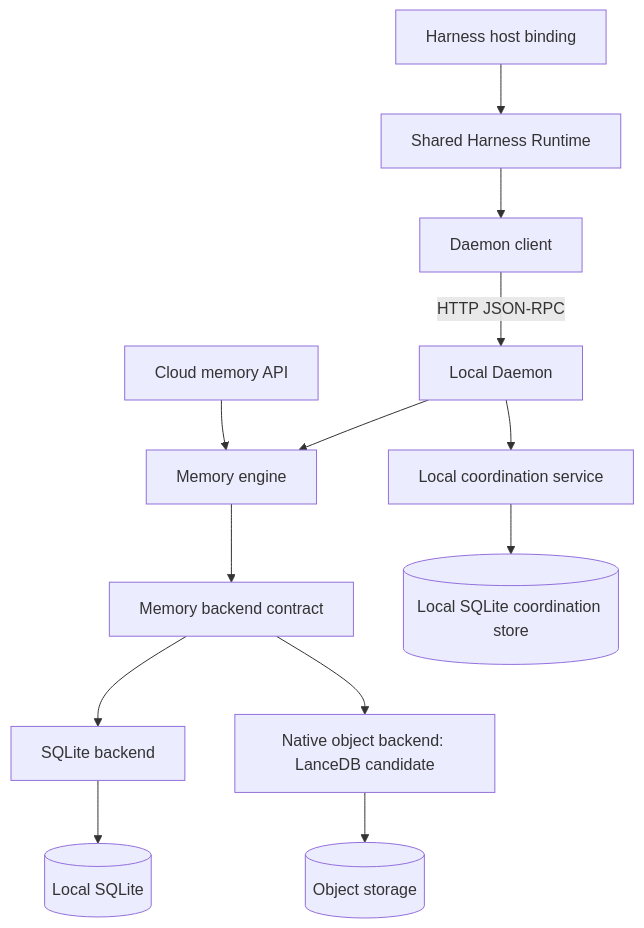
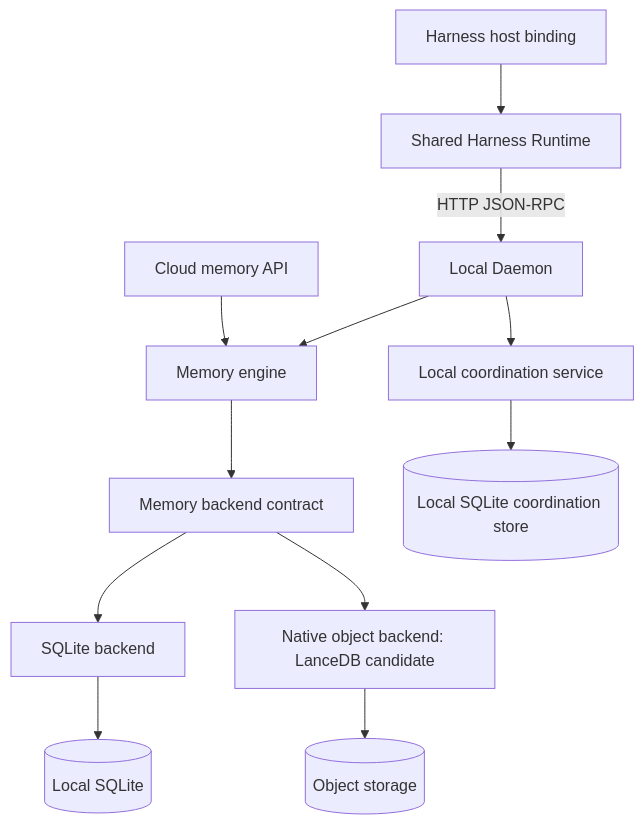
One commit to wefio/NodeMemoryGraph changed the diagram in docs/design/unified-architecture.md. Above: the diagram before and after it, drawn with Mermaid. The commit also changed 1 other file, not shown here.

Commit message:
docs(architecture): omit client wrapper from overview
Show the shared Harness Runtime communicating directly with the local daemon over HTTP JSON-RPC in both language versions.

````diff
--- a/docs/design/unified-architecture.md
+++ b/docs/design/unified-architecture.md
@@ -18,15 +18,14 @@
 ```mermaid
 flowchart TB
   Host[Harness host binding] --> Runtime[Shared Harness Runtime]
-  Runtime --> Client[Daemon client]
-  Client -->|HTTP JSON-RPC| Daemon[Local Daemon]
+  Runtime -->|HTTP JSON-RPC| Daemon[Local Daemon]
   Cloud[Cloud memory API] --> Engine[Memory engine]
   Daemon --> Engine
   Engine --> Port[Memory backend contract]
   Port --> SQL[SQLite backend]
   Port --> Native[Native object backend: LanceDB candidate]
   SQL --> LocalDB[(Local SQLite)]
   Native --> Objects[(Object storage)]
   Daemon --> Coordination[Local coordination service]
   Coordination --> CoordDB[(Local SQLite coordination store)]
 ```
````
